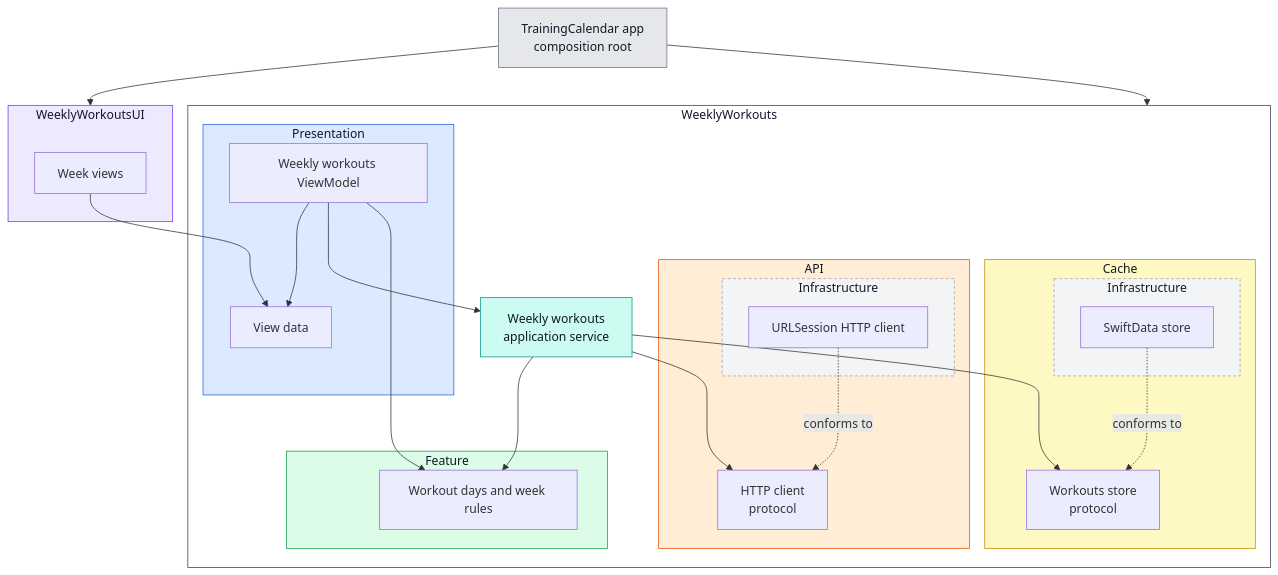
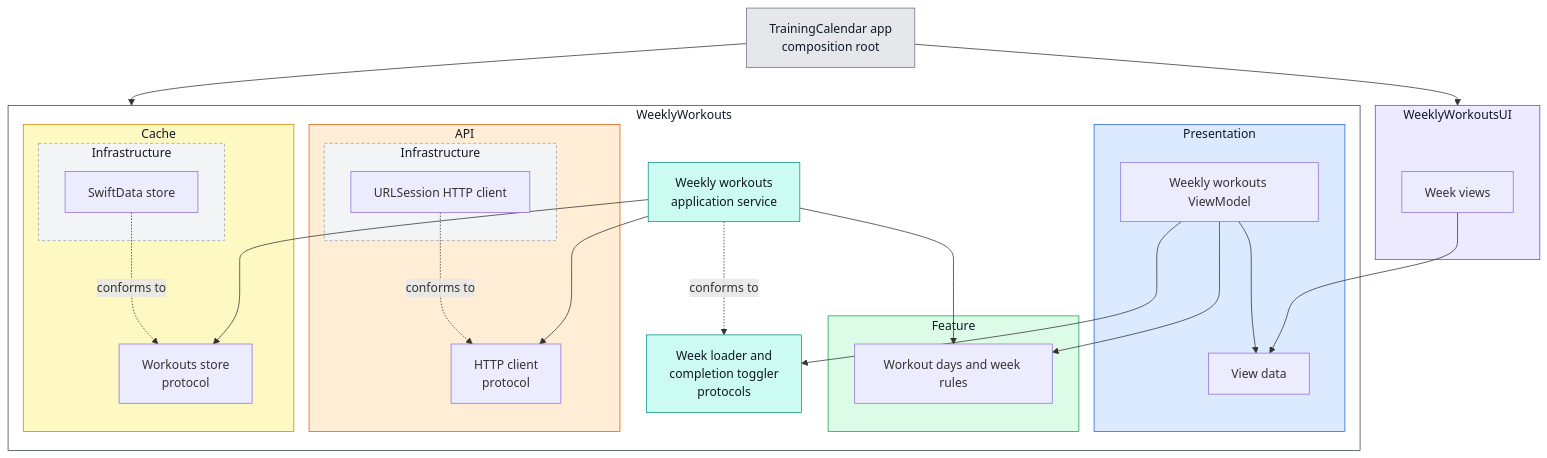
One commit to tringuyen623/training-calendar changed the second of 2 diagrams in README.md. Above: the diagram before and after it, drawn with Mermaid. The commit also changed other lines of this file, not shown here.

Commit message:
Show the ViewModel depending on the `WeekLoader` and `CompletionToggler` protocols in the README and architecture diagram

````diff
--- a/README.md
+++ b/README.md
@@ -385,54 +385,57 @@
 ```mermaid
 graph TD
     App["TrainingCalendar app<br/>composition root"]
 
     subgraph UIModule["WeeklyWorkoutsUI"]
         Views["Week views"]
     end
 
     subgraph Package["WeeklyWorkouts"]
         subgraph Presentation["Presentation"]
             ViewModel["Weekly workouts ViewModel"]
             ViewData["View data"]
         end
         Service["Weekly workouts<br/>application service"]
+        Roles["Week loader and<br/>completion toggler<br/>protocols"]
         subgraph Feature["Feature"]
             Domain["Workout days and week rules"]
         end
         subgraph API["API"]
             Client["HTTP client<br/>protocol"]
             subgraph APIInfra["Infrastructure"]
                 URLSession["URLSession HTTP client"]
             end
         end
         subgraph Cache["Cache"]
             Store["Workouts store<br/>protocol"]
             subgraph CacheInfra["Infrastructure"]
                 SwiftData["SwiftData store"]
             end
         end
     end
 
     App --> UIModule
     App --> Package
     Views --> ViewData
     ViewModel --> ViewData
-    ViewModel --> Service
+    ViewModel --> Roles
     ViewModel --> Domain
     Service --> Domain
     Service --> Client
     Service --> Store
+    Service -. conforms to .-> Roles
     URLSession -. conforms to .-> Client
     SwiftData -. conforms to .-> Store
 
     style App fill:#E5E7EB,stroke:#6B7280,color:#111827
     style UIModule fill:#EDE9FE,stroke:#7C3AED,color:#111827
     style Package fill:#FFFFFF,stroke:#374151,color:#111827
     style Presentation fill:#DBEAFE,stroke:#2563EB,color:#111827
     style Service fill:#CCFBF1,stroke:#0D9488,color:#111827
+    style Roles fill:#CCFBF1,stroke:#0D9488,color:#111827
     style Feature fill:#DCFCE7,stroke:#16A34A,color:#111827
     style API fill:#FFEDD5,stroke:#EA580C,color:#111827
     style Cache fill:#FEF9C3,stroke:#CA8A04,color:#111827
     style APIInfra fill:#F3F4F6,stroke:#9CA3AF,stroke-dasharray:4 3,color:#111827
     style CacheInfra fill:#F3F4F6,stroke:#9CA3AF,stroke-dasharray:4 3,color:#111827
 ```
````
